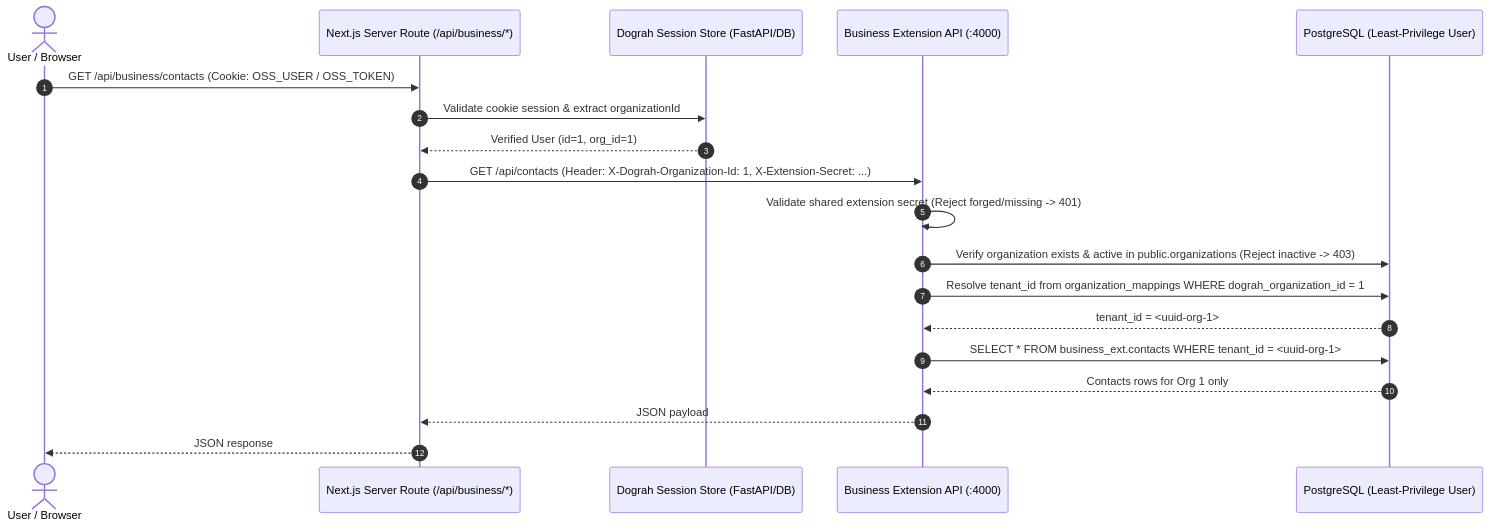
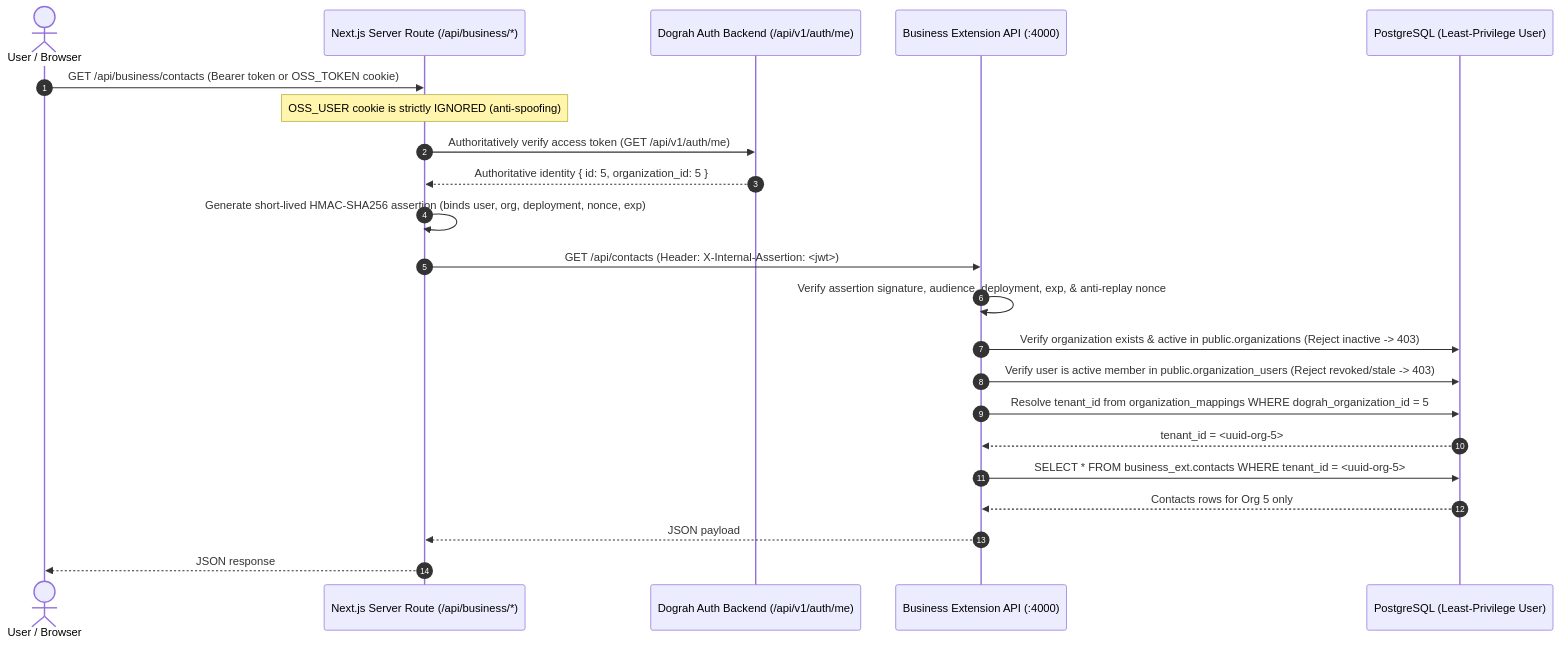
One commit to tejinder-gh/dograh changed the diagram in docs/business-extension/ARCHITECTURE.md. Above: the diagram before and after it, drawn with Mermaid. The commit also changed other lines of this file and 22 other files, not shown here.

First line of the commit message:
fix(security): resolve Stage A auth boundaries, assertions, and DB privileges (P0-1, P0-2, P1-4, P1-5)

````diff
--- a/docs/business-extension/ARCHITECTURE.md
+++ b/docs/business-extension/ARCHITECTURE.md
@@ -102,22 +102,25 @@
 ```mermaid
 sequenceDiagram
     autonumber
     actor User as User / Browser
     participant NextUI as Next.js Server Route (/api/business/*)
-    participant DograhAuth as Dograh Session Store (FastAPI/DB)
+    participant DograhAuth as Dograh Auth Backend (/api/v1/auth/me)
     participant BizAPI as Business Extension API (:4000)
     participant DB as PostgreSQL (Least-Privilege User)
 
-    User->>NextUI: GET /api/business/contacts (Cookie: OSS_USER / OSS_TOKEN)
-    NextUI->>DograhAuth: Validate cookie session & extract organizationId
-    DograhAuth-->>NextUI: Verified User (id=1, org_id=1)
-    NextUI->>BizAPI: GET /api/contacts (Header: X-Dograh-Organization-Id: 1, X-Extension-Secret: ...)
-    BizAPI->>BizAPI: Validate shared extension secret (Reject forged/missing -> 401)
+    User->>NextUI: GET /api/business/contacts (Bearer token or OSS_TOKEN cookie)
+    Note over NextUI: OSS_USER cookie is strictly IGNORED (anti-spoofing)
+    NextUI->>DograhAuth: Authoritatively verify access token (GET /api/v1/auth/me)
+    DograhAuth-->>NextUI: Authoritative identity { id: 5, organization_id: 5 }
+    NextUI->>NextUI: Generate short-lived HMAC-SHA256 assertion (binds user, org, deployment, nonce, exp)
+    NextUI->>BizAPI: GET /api/contacts (Header: X-Internal-Assertion: <jwt>)
+    BizAPI->>BizAPI: Verify assertion signature, audience, deployment, exp, & anti-replay nonce
     BizAPI->>DB: Verify organization exists & active in public.organizations (Reject inactive -> 403)
-    BizAPI->>DB: Resolve tenant_id from organization_mappings WHERE dograh_organization_id = 1
-    DB-->>BizAPI: tenant_id = <uuid-org-1>
-    BizAPI->>DB: SELECT * FROM business_ext.contacts WHERE tenant_id = <uuid-org-1>
-    DB-->>BizAPI: Contacts rows for Org 1 only
+    BizAPI->>DB: Verify user is active member in public.organization_users (Reject revoked/stale -> 403)
+    BizAPI->>DB: Resolve tenant_id from organization_mappings WHERE dograh_organization_id = 5
+    DB-->>BizAPI: tenant_id = <uuid-org-5>
+    BizAPI->>DB: SELECT * FROM business_ext.contacts WHERE tenant_id = <uuid-org-5>
+    DB-->>BizAPI: Contacts rows for Org 5 only
     BizAPI-->>NextUI: JSON payload
     NextUI-->>User: JSON response
 ```
````
